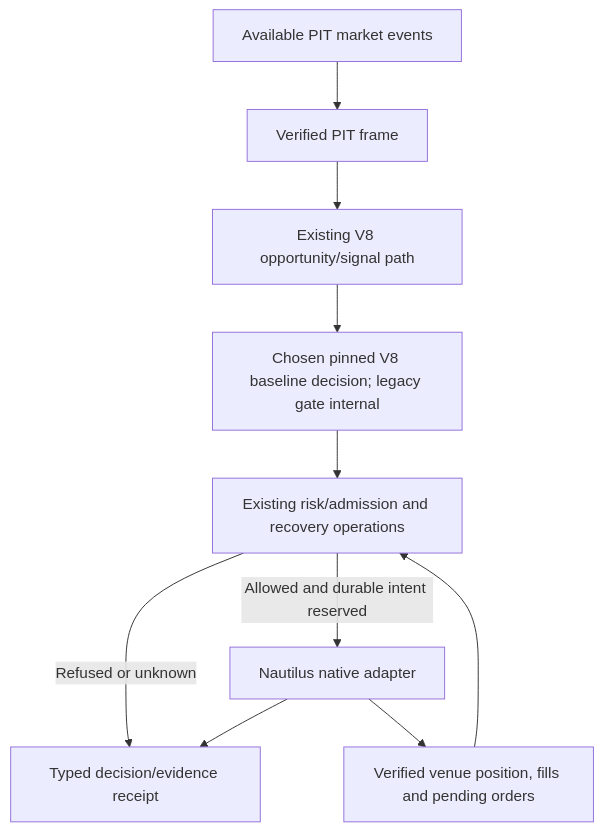
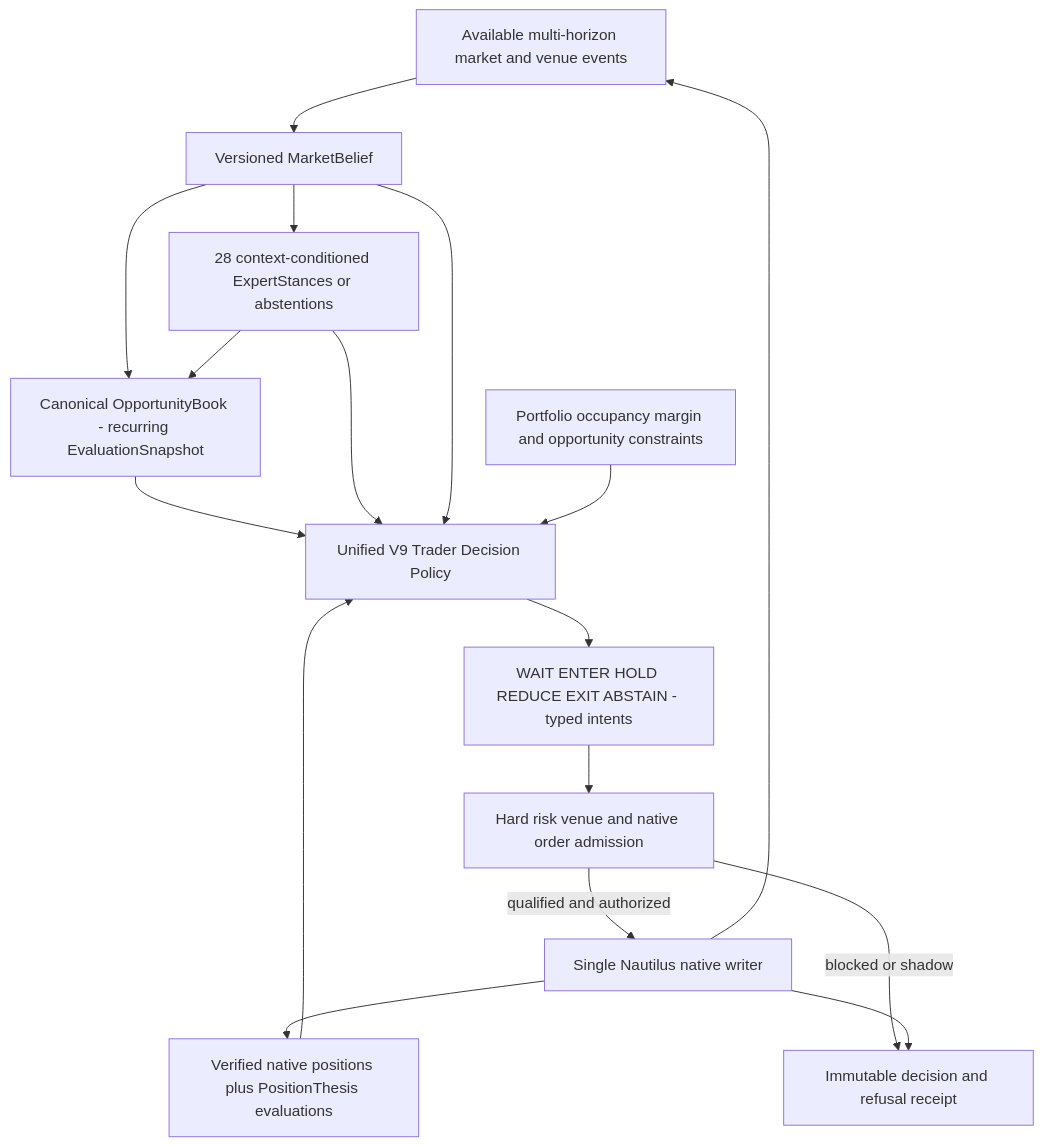
Before and after one commit to ddawnlll/v8: the first of 3 diagrams in docs/v9/V9_ARCHITECTURE_MONOGRAPH.md, drawn with Mermaid. The commit also changed other lines of this file, not shown here.

Commit message:
docs(v9): specify integrated market-expert-opportunity-position trader policy and acceptance

````diff
--- a/docs/v9/V9_ARCHITECTURE_MONOGRAPH.md
+++ b/docs/v9/V9_ARCHITECTURE_MONOGRAPH.md
@@ -333,12 +338,19 @@
 ```mermaid
 flowchart TD
-  M[Available PIT market events] --> F[Verified PIT frame]
-  F --> O[Existing V8 opportunity/signal path]
-  O --> V[Chosen pinned V8 baseline decision; legacy gate internal]
-  N[Verified venue position, fills and pending orders] --> R[Existing risk/admission and recovery operations]
-  V --> R
-  R -->|Allowed and durable intent reserved| A[Nautilus native adapter]
-  R -->|Refused or unknown| E[Typed decision/evidence receipt]
-  A --> E
-  A --> N
+  M[Available multi-horizon market and venue events] --> B[Versioned MarketBelief]
+  B --> X[28 context-conditioned ExpertStances or abstentions]
+  B --> O[Canonical OpportunityBook - recurring EvaluationSnapshot]
+  X --> O
+  O --> D[Unified V9 Trader Decision Policy]
+  X --> D
+  B --> D
+  P[Verified native positions plus PositionThesis evaluations] --> D
+  Q[Portfolio occupancy margin and opportunity constraints] --> D
+  D --> I[WAIT ENTER HOLD REDUCE EXIT ABSTAIN - typed intents]
+  I --> R[Hard risk venue and native order admission]
+  R -->|qualified and authorized| N[Single Nautilus native writer]
+  R -->|blocked or shadow| A[Immutable decision and refusal receipt]
+  N --> P
+  N --> A
+  N --> M
 ```
````
